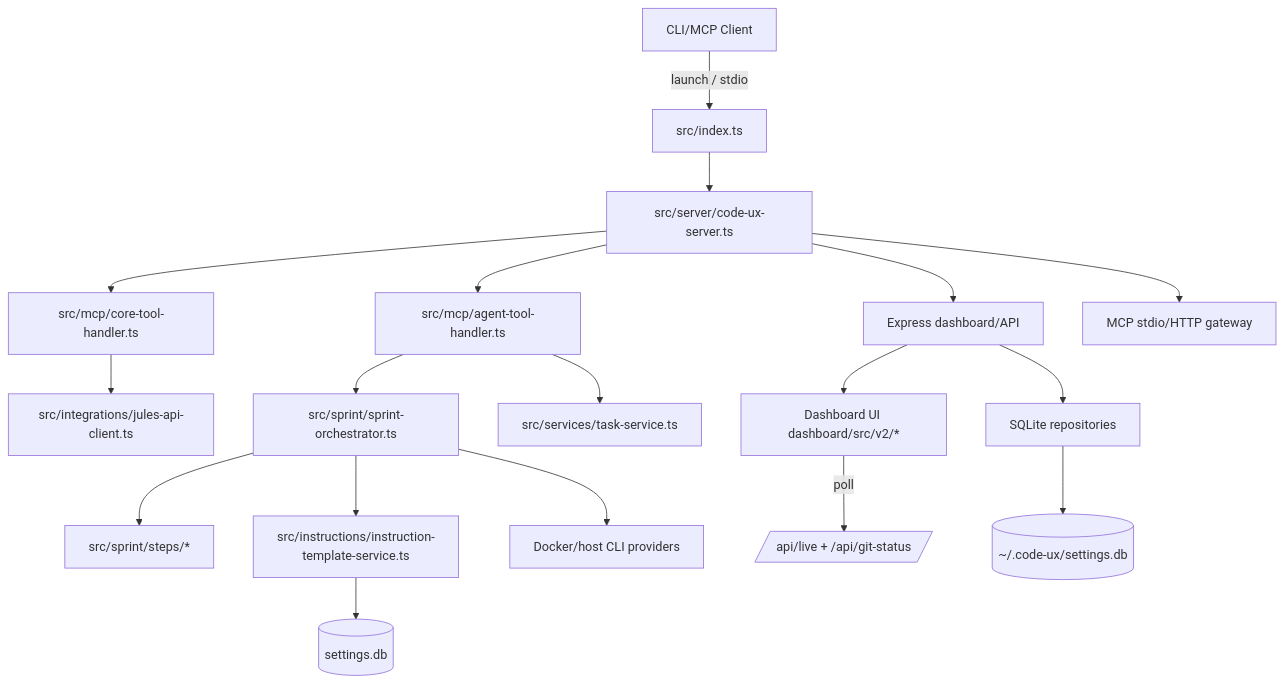
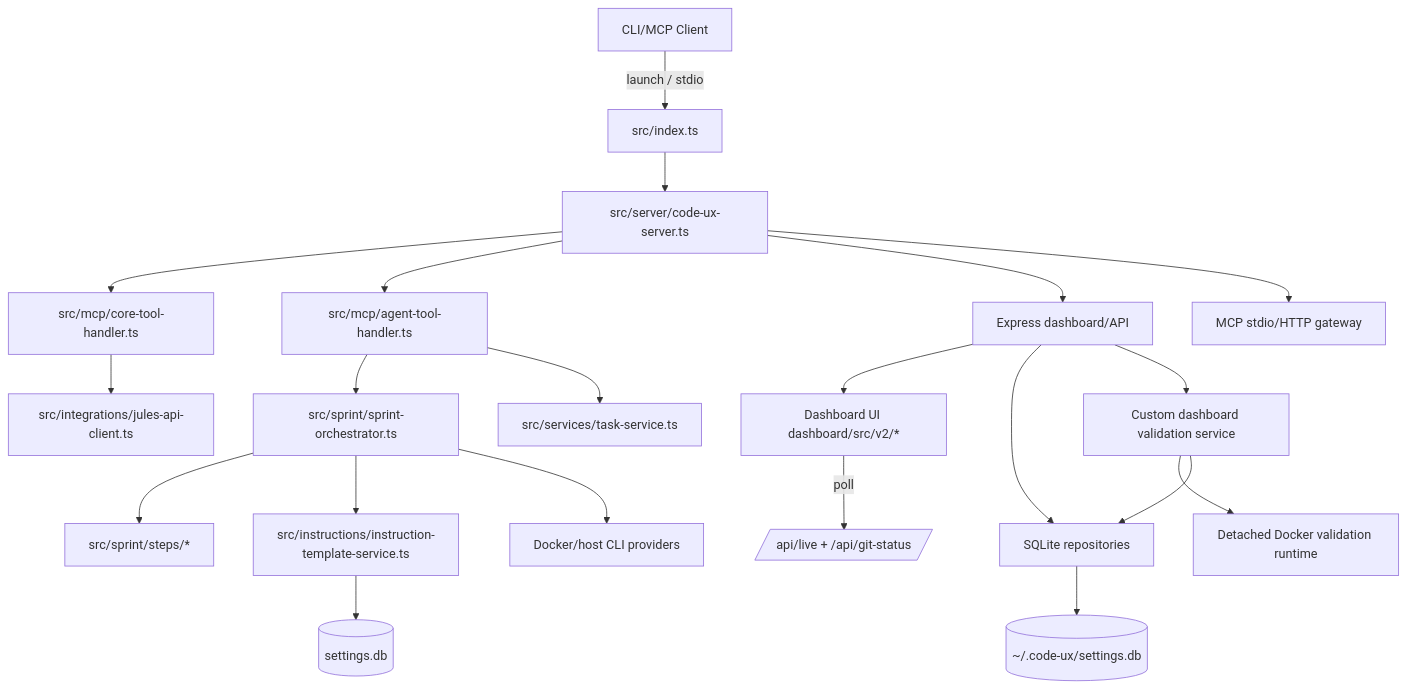
The diagram in docs/architecture/system-overview.md (codeux-ai/codeux), drawn with Mermaid before and after one commit. The commit also changed other lines of this file and 17 other files, not shown here.

````diff
--- a/docs/architecture/system-overview.md
+++ b/docs/architecture/system-overview.md
@@ -78,20 +79,23 @@
 ```mermaid
 flowchart TD
   A[CLI/MCP Client] -->|launch / stdio| B[src/index.ts]
   B --> R[src/server/code-ux-server.ts]
   R --> C[src/mcp/core-tool-handler.ts]
   R --> D[src/mcp/agent-tool-handler.ts]
   C --> E[src/integrations/jules-api-client.ts]
   D --> F[src/sprint/sprint-orchestrator.ts]
   F --> G[src/sprint/steps/*]
   F --> H[src/instructions/instruction-template-service.ts]
   H --> I[(settings.db)]
   D --> J[src/services/task-service.ts]
   R --> L[Express dashboard/API]
   L --> M[Dashboard UI dashboard/src/v2/*]
   M -->|poll| N[/api/live + /api/git-status/]
   L --> O[SQLite repositories]
   O --> P[(~/.code-ux/settings.db)]
   R --> Q[MCP stdio/HTTP gateway]
   F --> S[Docker/host CLI providers]
+  L --> T[Custom dashboard validation service]
+  T --> U[Detached Docker validation runtime]
+  T --> O
 ```
````
